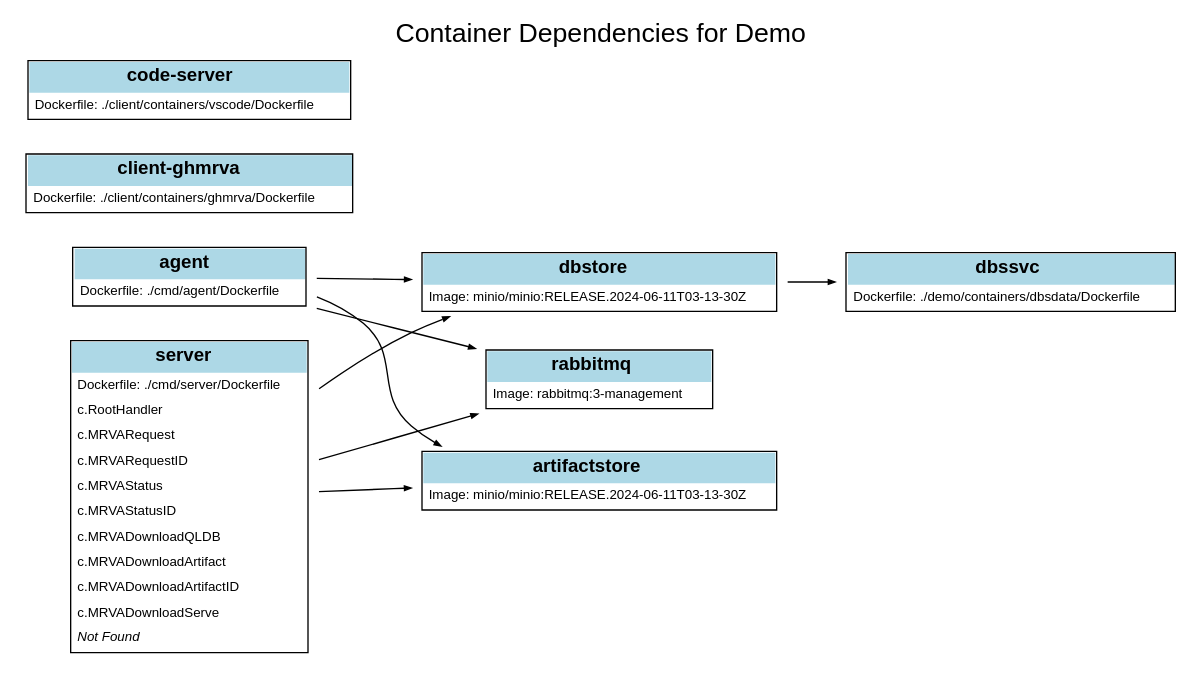
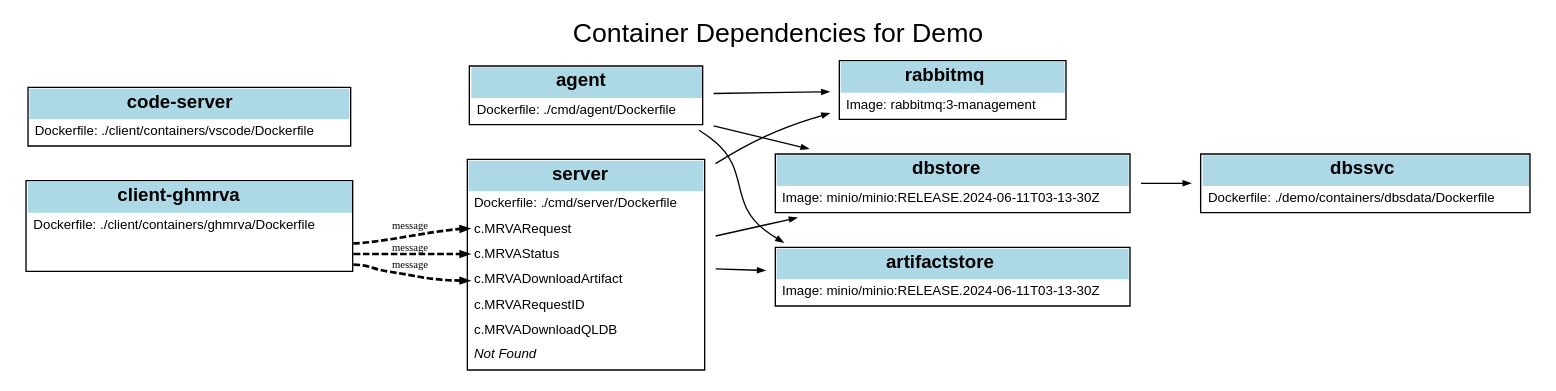
Before and after one commit to hohn/mrvacommander: the diagram in notes/system-structure.dot, drawn with Graphviz. The commit also changed 3 other files, not shown here.

Commit message:
Add diagram of current container dependencies

```diff
--- a/notes/system-structure.dot
+++ b/notes/system-structure.dot
@@ -1,122 +1,127 @@
 digraph DockerComposeDemo {
     rankdir=LR; // Left-to-right layout
     node [shape=plaintext fontname="Helvetica"];
     edge [arrowsize=0.5];
     
     // Title
     label="Container Dependencies for Demo";
     labelloc=top;
     fontsize=20;
     fontname="Helvetica";
 
     // Define nodes with clickable Dockerfile references
     dbssvc [
         href="../demo/containers/dbsdata/Dockerfile"
         target="_blank"
         shape=plaintext
         label=<
             <table border="1" cellborder="0" cellspacing="0" cellpadding="4">
                 <tr><td colspan="1" bgcolor="lightblue"><b>dbssvc</b></td></tr>
                 <tr><td align="left"><font point-size="10">Dockerfile: ./demo/containers/dbsdata/Dockerfile</font></td></tr>
             </table>
         >
     ];
 
     dbstore [
         shape=plaintext
         label=<
             <table border="1" cellborder="0" cellspacing="0" cellpadding="4">
                 <tr><td colspan="1" bgcolor="lightblue"><b>dbstore</b></td></tr>
                 <tr><td align="left"><font point-size="10">Image: minio/minio:RELEASE.2024-06-11T03-13-30Z</font></td></tr>
             </table>
         >
     ];
 
     client_ghmrva [
         href="../client/containers/ghmrva/Dockerfile"
         target="_blank"
         shape=plaintext
         label=<
             <table border="1" cellborder="0" cellspacing="0" cellpadding="4">
                 <tr><td colspan="1" bgcolor="lightblue"><b>client-ghmrva</b></td></tr>
                 <tr><td align="left"><font point-size="10">Dockerfile: ./client/containers/ghmrva/Dockerfile</font></td></tr>
+                <tr><td port="slot1"></td></tr>
+                <tr><td port="slot2"></td></tr>
+                <tr><td port="slot3"></td></tr>
             </table>
         >
     ];
 
     code_server [
         href="../client/containers/vscode/Dockerfile"
         target="_blank"
         shape=plaintext
         label=<
             <table border="1" cellborder="0" cellspacing="0" cellpadding="4">
                 <tr><td colspan="1" bgcolor="lightblue"><b>code-server</b></td></tr>
                 <tr><td align="left"><font point-size="10">Dockerfile: ./client/containers/vscode/Dockerfile</font></td></tr>
             </table>
         >
     ];
 
     rabbitmq [
         shape=plaintext
         label=<
             <table border="1" cellborder="0" cellspacing="0" cellpadding="4">
                 <tr><td colspan="1" bgcolor="lightblue"><b>rabbitmq</b></td></tr>
                 <tr><td align="left"><font point-size="10">Image: rabbitmq:3-management</font></td></tr>
             </table>
         >
     ];
 
     artifactstore [
         shape=plaintext
         label=<
             <table border="1" cellborder="0" cellspacing="0" cellpadding="4">
                 <tr><td colspan="1" bgcolor="lightblue"><b>artifactstore</b></td></tr>
                 <tr><td align="left"><font point-size="10">Image: minio/minio:RELEASE.2024-06-11T03-13-30Z</font></td></tr>
             </table>
         >
     ];
 
     agent [
         href="../cmd/agent/Dockerfile"
         target="_blank"
         shape=plaintext
         label=<
             <table border="1" cellborder="0" cellspacing="0" cellpadding="4">
                 <tr><td colspan="1" bgcolor="lightblue"><b>agent</b></td></tr>
                 <tr><td align="left"><font point-size="10">Dockerfile: ./cmd/agent/Dockerfile</font></td></tr>
             </table>
         >
     ];
 
     // Expanded 'server' node with handler names and Dockerfile reference
     server [
         href="../cmd/server/Dockerfile"
         target="_blank"
         shape=plaintext
         label=<
             <table border="1" cellborder="0" cellspacing="0" cellpadding="4">
                 <tr><td colspan="1" bgcolor="lightblue"><b>server</b></td></tr>
                 <tr><td align="left"><font point-size="10">Dockerfile: ./cmd/server/Dockerfile</font></td></tr>
-                <tr><td align="left"><font point-size="10">c.RootHandler</font></td></tr>
-                <tr><td align="left"><font point-size="10">c.MRVARequest</font></td></tr>
+                <tr><td port="c_MRVARequest" align="left"><font point-size="10">c.MRVARequest</font></td></tr>
+                <tr><td port="c_MRVAStatus" align="left"><font point-size="10">c.MRVAStatus</font></td></tr>
+                <tr><td port="c_MRVADownloadArtifact" align="left"><font point-size="10">c.MRVADownloadArtifact</font></td></tr>
                 <tr><td align="left"><font point-size="10">c.MRVARequestID</font></td></tr>
-                <tr><td align="left"><font point-size="10">c.MRVAStatus</font></td></tr>
-                <tr><td align="left"><font point-size="10">c.MRVAStatusID</font></td></tr>
                 <tr><td align="left"><font point-size="10">c.MRVADownloadQLDB</font></td></tr>
-                <tr><td align="left"><font point-size="10">c.MRVADownloadArtifact</font></td></tr>
-                <tr><td align="left"><font point-size="10">c.MRVADownloadArtifactID</font></td></tr>
-                <tr><td align="left"><font point-size="10">c.MRVADownloadServe</font></td></tr>
                 <tr><td align="left"><font point-size="10"><i>Not Found</i></font></td></tr>
             </table>
         >
     ];
 
     // Define edges (dependencies)
     dbstore -> dbssvc;
     server -> dbstore;
     server -> rabbitmq;
     server -> artifactstore;
     agent -> dbstore;
     agent -> artifactstore;
     agent -> rabbitmq;
+
+    // Message links
+    client_ghmrva:slot1 -> server:c_MRVARequest [label="message" style=dashed penwidth=2 fontsize=8];
+    client_ghmrva:slot2 -> server:c_MRVAStatus [label="message" style=dashed  penwidth=2  fontsize=8];
+    client_ghmrva:slot3 -> server:c_MRVADownloadArtifact [label="message" style=dashed penwidth=2  fontsize=8];
+
 }
```
